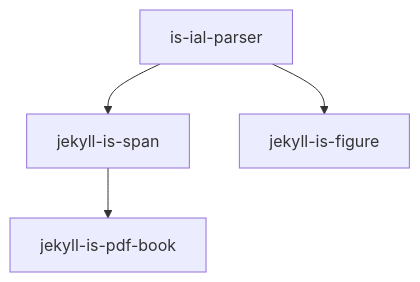
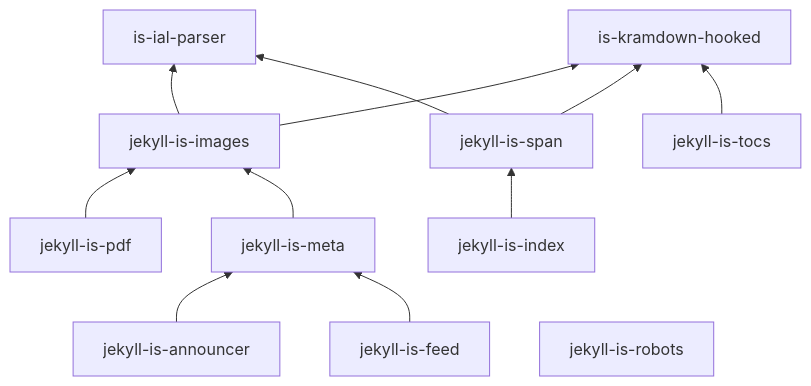
The diagram in README.md (jekyll-is/jekyll-is-ecosystem), drawn with Mermaid before and after one commit. The commit also changed other lines of this file, not shown here.

````diff
--- a/README.md
+++ b/README.md
@@ -35,6 +6,14 @@
 ```mermaid
-graph TD
-    A[is-ial-parser] --> B[jekyll-is-span]
-    A --> C[jekyll-is-figure]
-    B --> D[jekyll-is-pdf-book]
+graph BT
+  images[jekyll-is-images] --> ial[is-ial-parser]
+  images --> kramdown[is-kramdown-hooked]
+  announcer[jekyll-is-announcer] --> meta
+  pdf[jekyll-is-pdf] --> images
+  meta[jekyll-is-meta] --> images
+  feed[jekyll-is-feed] --> meta
+  span[jekyll-is-span] --> ial
+  index[jekyll-is-index] --> span
+  span --> kramdown
+  tocs[jekyll-is-tocs] --> kramdown
+  robots[jekyll-is-robots]
 ```
````
